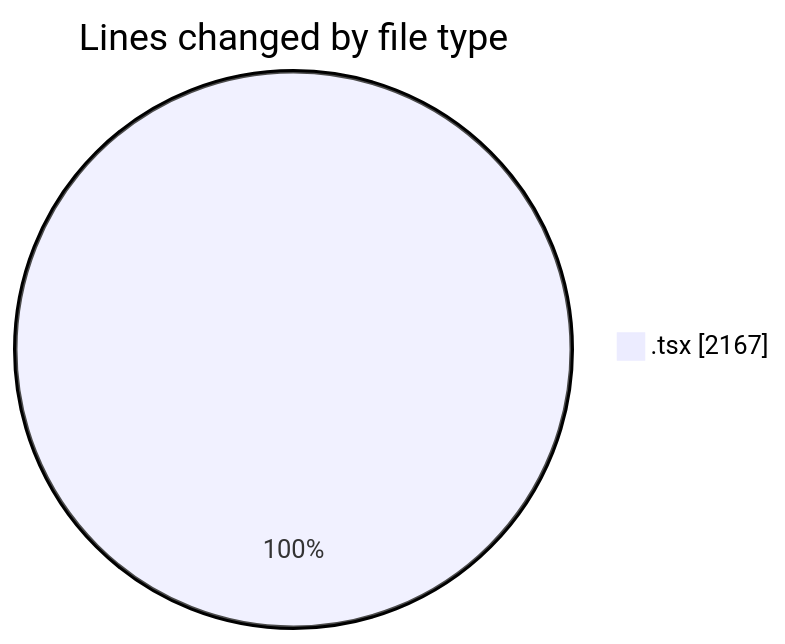
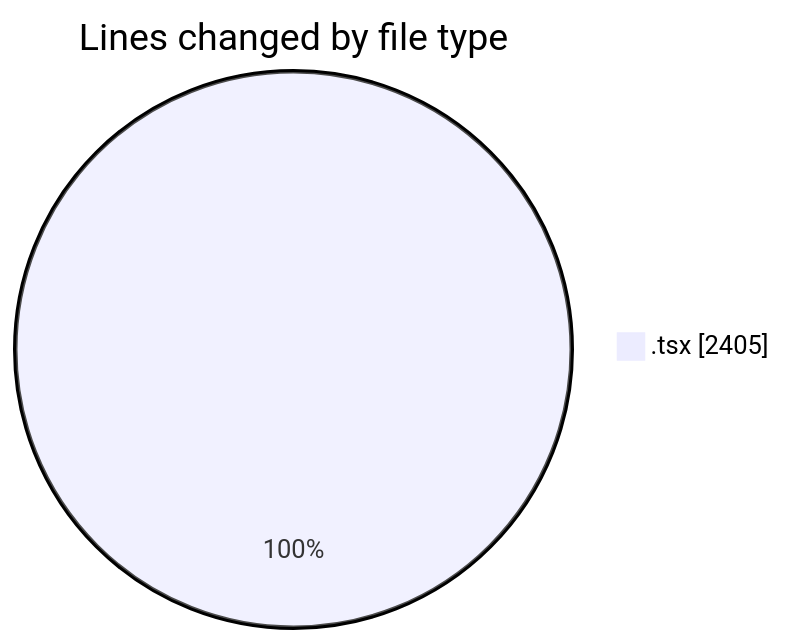
Before and after one commit to momahboobian/code-tracking: the first of 2 diagrams in 2025-04-04/cda/README.md, drawn with Mermaid. The commit also changed other lines of this file and 1 other file, not shown here.

````diff
--- a/2025-04-04/cda/README.md
+++ b/2025-04-04/cda/README.md
@@ -26,5 +28,5 @@
 ```mermaid
 pie showData
 title Lines changed by file type
-".tsx" : 2167
+".tsx" : 2405
 ```
````
